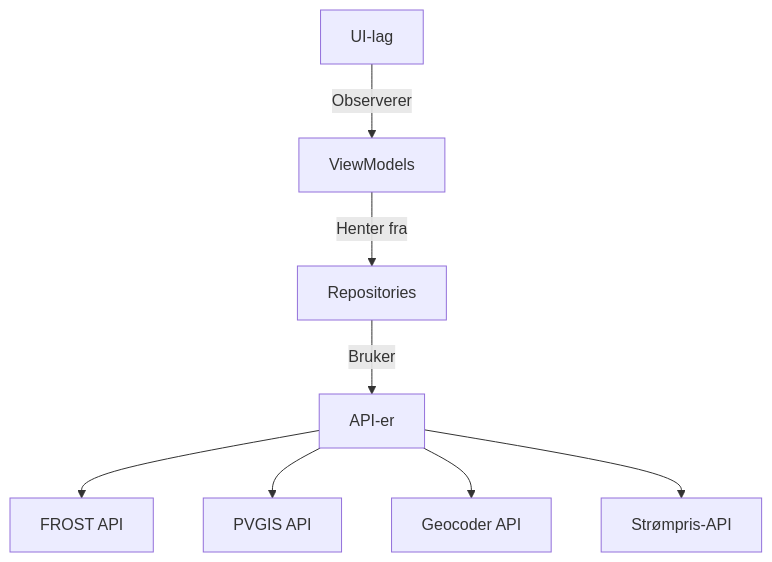
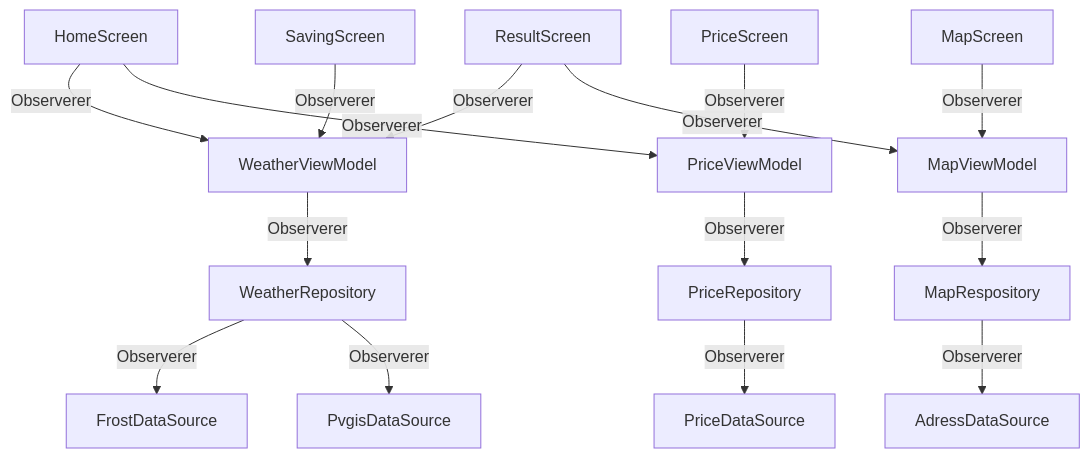
The diagram in Diagrams/ARCHITECTURE.md (jalya001/Solar-panel-Optimized-Living), drawn with Mermaid before and after one commit. The commit also changed other lines of this file, not shown here.

````diff
--- a/Diagrams/ARCHITECTURE.md
+++ b/Diagrams/ARCHITECTURE.md
@@ -26,11 +26,47 @@
 ```mermaid
 
 graph TD
-  A[UI-lag] -->|Observerer| B[ViewModels]
-  B -->|Henter fra| C[Repositories]
-  C -->|Bruker| D[API-er]
-  D --> E[FROST API]
-  D --> F[PVGIS API]
-  D --> G[Geocoder API]
-  D --> H[Strømpris-API]
+    A[HomeScreen] 
+    B[PriceScreen]
+    C[MapScreen]
+    D[ResultScreen]
+    E[SavingScreen]
+
+    F[WeatherViewModel]
+    G[MapViewModel]
+    H[PriceViewModel]
+
+    J[WeatherRepository]
+    K[MapRespository]
+    L[PriceRepository]
+    
+   
+    M[FrostDataSource]
+    N[PvgisDataSource]
+    O[AdressDataSource]
+    P[PriceDataSource]
+
+
+    A --> |Observerer | F
+    A --> |Observerer | H
+    B --> |Observerer | H
+    C --> |Observerer | G
+    D --> |Observerer | F
+    D --> |Observerer | G
+    E --> |Observerer | F
+
+
+
+    F --> |Observerer | J
+    G --> |Observerer | K
+    H --> |Observerer | L
+
+    J --> |Observerer | M
+    J --> |Observerer | N
+    K --> |Observerer | O
+    L --> |Observerer | P
+    
+    
+    
+
 ```
````
